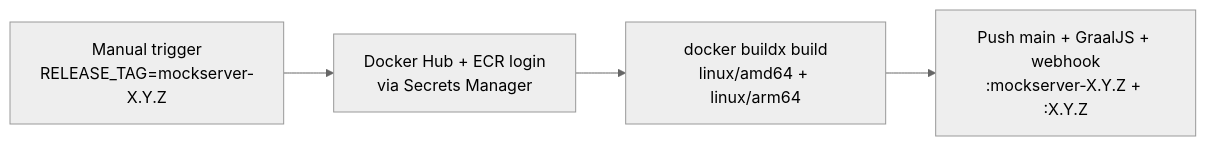
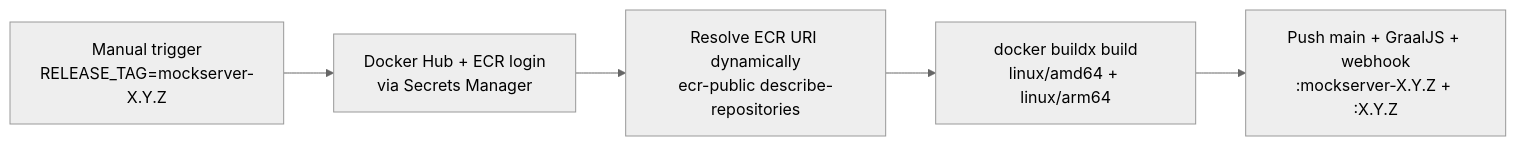
The fifth of 7 diagrams in docs/infrastructure/ci-cd.md (sean8601/mockserver-monorepo), drawn with Mermaid (neutral theme) before and after one commit. The commit also changed other lines of this file and 13 other files, not shown here.

````diff
--- a/docs/infrastructure/ci-cd.md
+++ b/docs/infrastructure/ci-cd.md
@@ -292,10 +294,12 @@
 ```mermaid
 flowchart LR
     TRIGGER["Manual trigger
 RELEASE_TAG=mockserver-X.Y.Z"] --> LOGIN["Docker Hub + ECR login
 via Secrets Manager"]
-    LOGIN --> BUILD["docker buildx build
+    LOGIN --> ECR_RESOLVE["Resolve ECR URI dynamically
+ecr-public describe-repositories"]
+    ECR_RESOLVE --> BUILD["docker buildx build
 linux/amd64 + linux/arm64"]
     BUILD --> PUSH["Push main + GraalJS + webhook
 :mockserver-X.Y.Z + :X.Y.Z"]
 ```
````
